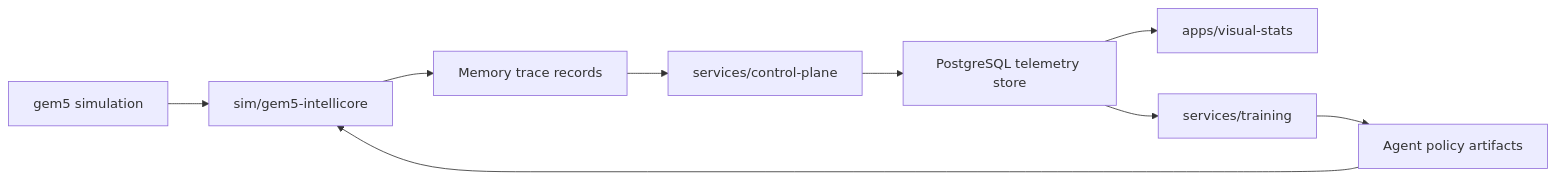
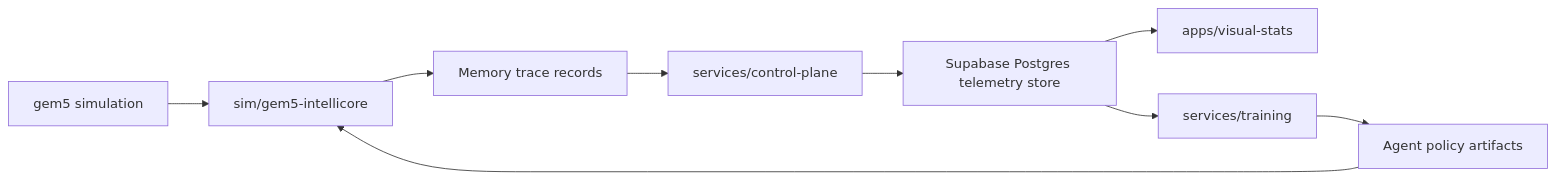
Before and after one commit to Tobias2099/Intellicore: the diagram in docs/architecture/data-flow.md, drawn with Mermaid. The commit also changed 9 other files, not shown here.

Commit message:
more setup, including removing local PostgreSQL in favour of Supabase

````diff
--- a/docs/architecture/data-flow.md
+++ b/docs/architecture/data-flow.md
@@ -3,11 +3,11 @@
 ```mermaid
 flowchart LR
     Gem5["gem5 simulation"] --> Adapter["sim/gem5-intellicore"]
     Adapter --> Trace["Memory trace records"]
     Trace --> Control["services/control-plane"]
-    Control --> Postgres["PostgreSQL telemetry store"]
+    Control --> Postgres["Supabase Postgres telemetry store"]
     Postgres --> Dashboard["apps/visual-stats"]
     Postgres --> Training["services/training"]
     Training --> Agent["Agent policy artifacts"]
     Agent --> Adapter
 ```
````
